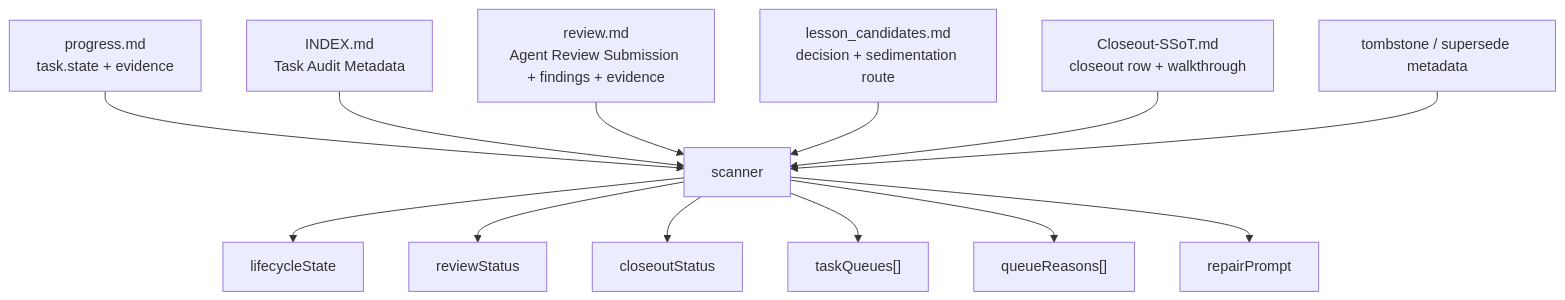
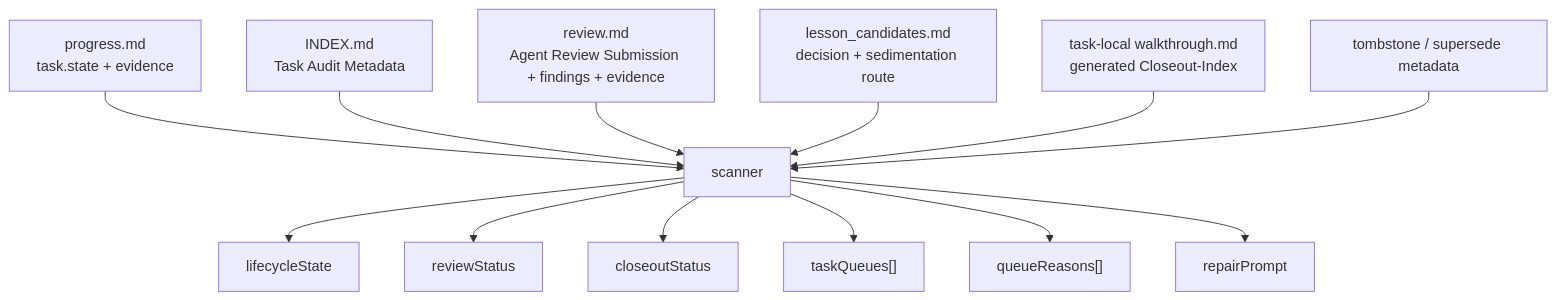
One commit to FairladyZ625/coding-agent-harness changed the second of 4 diagrams in docs-release/guides/task-state-machine.en-US.md. Above: the diagram before and after it, drawn with Mermaid. The commit also changed other lines of this file and 43 other files, not shown here.

Commit message:
Add v2 task-local walkthrough structure

````diff
--- a/docs-release/guides/task-state-machine.en-US.md
+++ b/docs-release/guides/task-state-machine.en-US.md
@@ -55,24 +55,24 @@
 ```mermaid
 flowchart TB
   Progress["progress.md<br/>task.state + evidence"]
   Index["INDEX.md<br/>Task Audit Metadata"]
   Review["review.md<br/>Agent Review Submission + findings + evidence"]
   Lessons["lesson_candidates.md<br/>decision + sedimentation route"]
-  Closeout["Closeout-SSoT.md<br/>closeout row + walkthrough"]
+  Closeout["task-local walkthrough.md<br/>generated Closeout-Index"]
   Tombstone["tombstone / supersede metadata"]
   Scanner["scanner"]
 
   Progress --> Scanner
   Index --> Scanner
   Review --> Scanner
   Lessons --> Scanner
   Closeout --> Scanner
   Tombstone --> Scanner
 
   Scanner --> Lifecycle["lifecycleState"]
   Scanner --> ReviewStatus["reviewStatus"]
   Scanner --> CloseoutStatus["closeoutStatus"]
   Scanner --> Queues["taskQueues[]"]
   Scanner --> Reasons["queueReasons[]"]
   Scanner --> Prompt["repairPrompt"]
 ```
````
